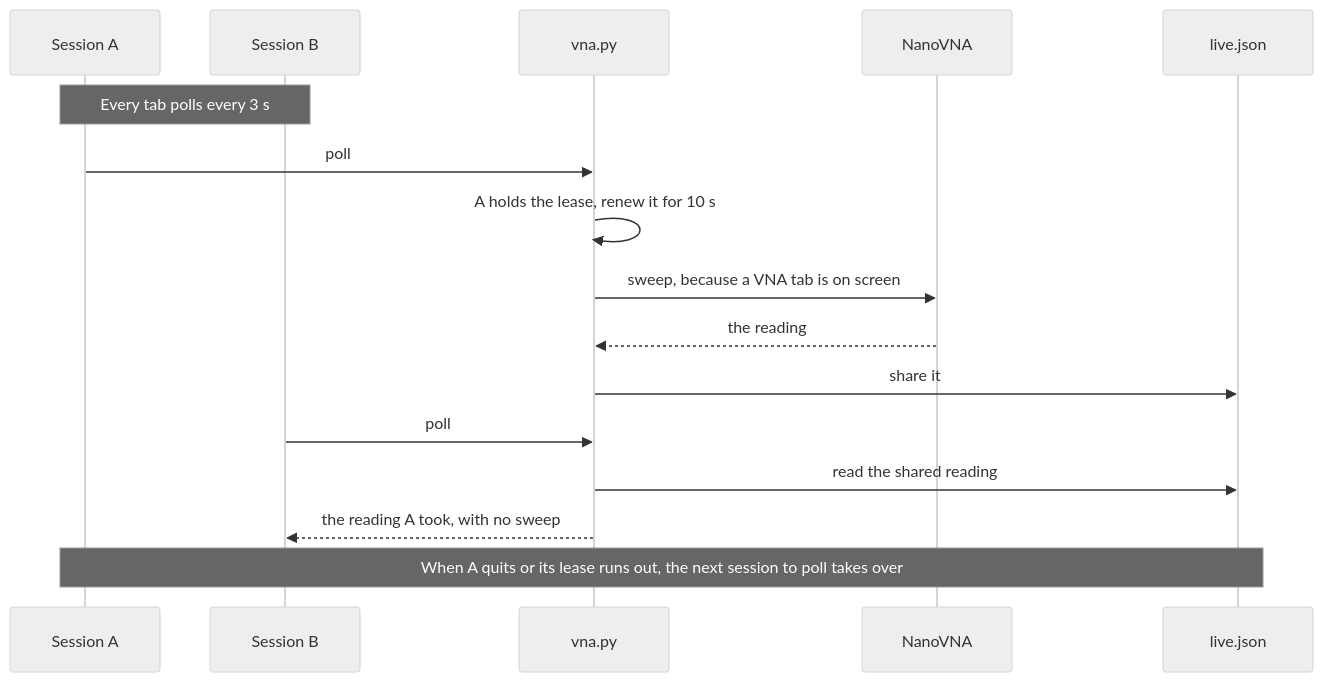
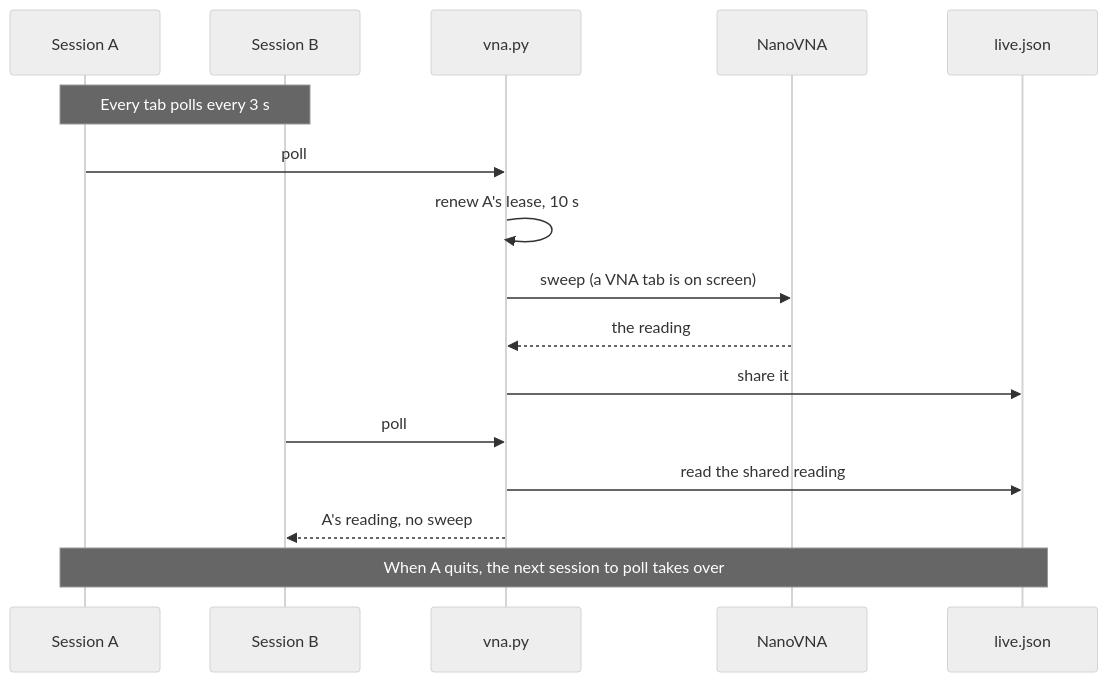
The third of 3 diagrams in docs/details.md (RedThoroughbred/nanovna-tab), drawn with Mermaid (neutral theme) before and after one commit. The commit also changed other lines of this file, not shown here.

Commit message:
docs: diagrams that fit the page (long chains top to bottom, shorter label lines)

````diff
--- a/docs/details.md
+++ b/docs/details.md
@@ -475,18 +475,18 @@
 ```mermaid
 sequenceDiagram
     participant A as Session A
     participant B as Session B
     participant V as vna.py
     participant N as NanoVNA
     participant S as live.json
     Note over A,B: Every tab polls every 3 s
     A->>V: poll
-    V->>V: A holds the lease, renew it for 10 s
-    V->>N: sweep, because a VNA tab is on screen
+    V->>V: renew A's lease, 10 s
+    V->>N: sweep (a VNA tab is on screen)
     N-->>V: the reading
     V->>S: share it
     B->>V: poll
     V->>S: read the shared reading
-    V-->>B: the reading A took, with no sweep
-    Note over A,S: When A quits or its lease runs out, the next session to poll takes over
+    V-->>B: A's reading, no sweep
+    Note over A,S: When A quits, the next session to poll takes over
 ```
````
